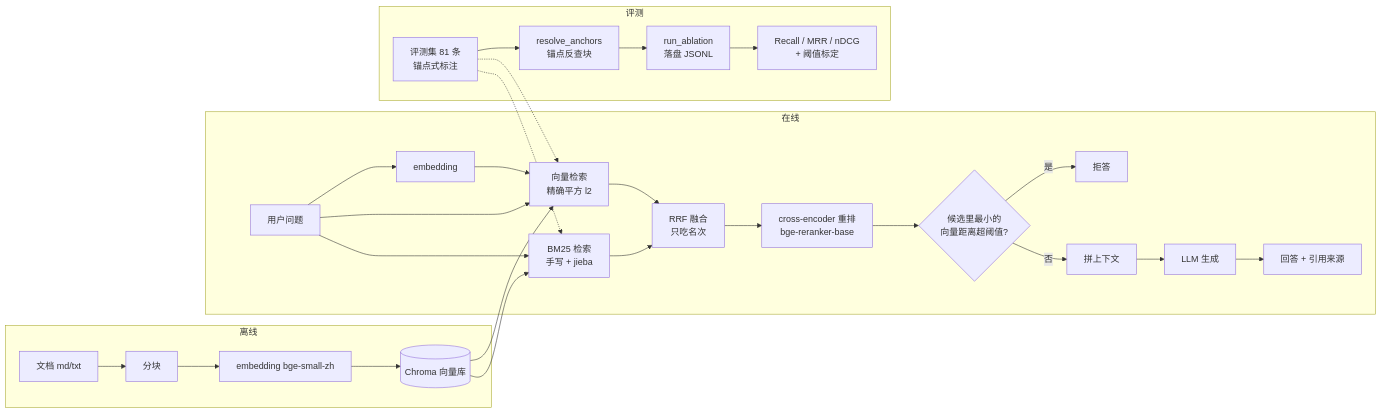
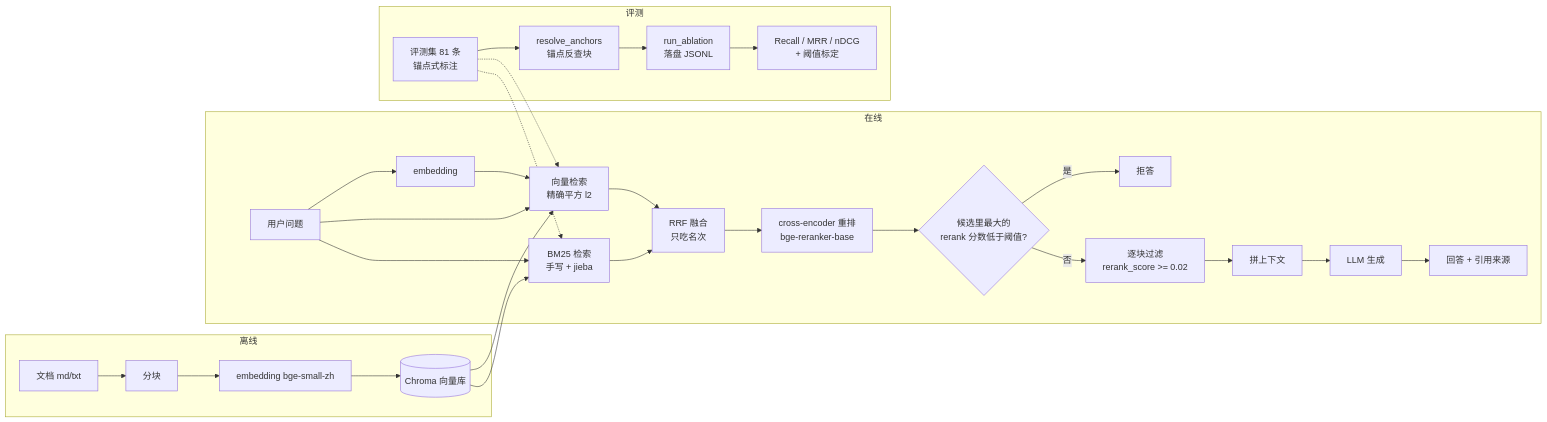
The diagram in README.md (Ray-O-BUCK/course-rag), drawn with Mermaid before and after one commit. The commit also changed other lines of this file, not shown here.

First line of the commit message:
Fix README architecture diagram and formatting

````diff
--- a/README.md
+++ b/README.md
@@ -34,31 +45,32 @@
 ```mermaid
 flowchart LR
     subgraph 离线
         A[文档 md/txt] --> B[分块]
         B --> C[embedding bge-small-zh]
         C --> D[(Chroma 向量库)]
     end
     subgraph 在线
         E[用户问题] --> F[embedding]
         E --> Gv[向量检索<br/>精确平方 l2]
         E --> Gb[BM25 检索<br/>手写 + jieba]
         D --> Gv
         D --> Gb
         F --> Gv
         Gv --> H[RRF 融合<br/>只吃名次]
         Gb --> H
         H --> H2[cross-encoder 重排<br/>bge-reranker-base]
-        H2 --> I{"候选里最小的<br/>向量距离超阈值?"}
+        H2 --> I{"候选里最大的<br/>rerank 分数低于阈值?"}
         I -->|是| J[拒答]
-        I -->|否| K[拼上下文]
-        K --> L[LLM 生成]
+        I -->|否| K[逐块过滤<br/>rerank_score >= 0.02]
+        K --> K2[拼上下文]
+        K2 --> L[LLM 生成]
         L --> M[回答 + 引用来源]
     end
     subgraph 评测
         N[评测集 81 条<br/>锚点式标注] --> O[resolve_anchors<br/>锚点反查块]
         O --> P[run_ablation<br/>落盘 JSONL]
         P --> Q[Recall / MRR / nDCG<br/>+ 阈值标定]
     end
     N -.-> Gv
     N -.-> Gb
 ```
````
